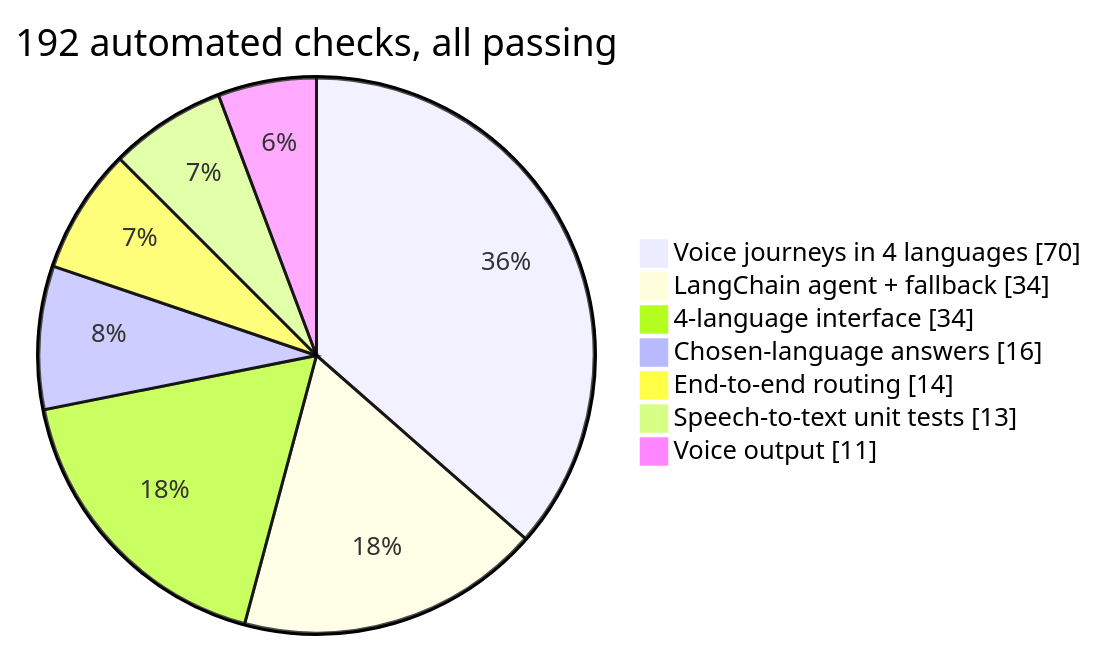
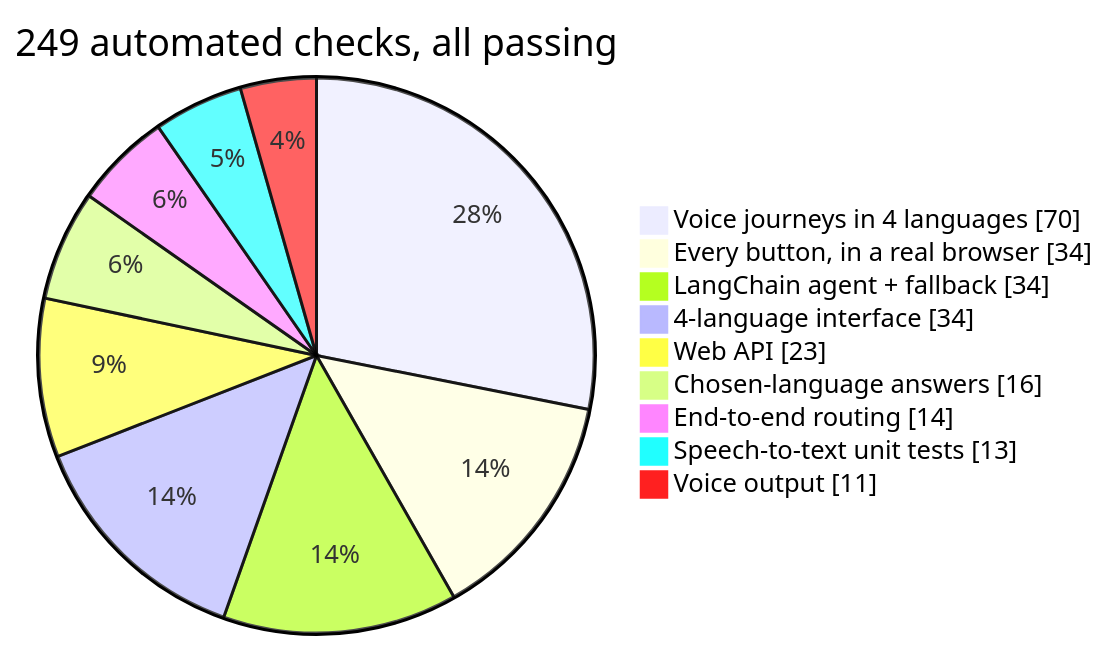
One commit to sehscape/Multilingual-Agri-AI-Agent changed the sixth of 6 diagrams in README.md. Above: the diagram before and after it, drawn with Mermaid. The commit also changed other lines of this file and 1 other file, not shown here.

First line of the commit message:
Docs: the web app, its API and the browser tests

````diff
--- a/README.md
+++ b/README.md
@@ -303,11 +314,13 @@
 ```mermaid
 pie showData
-    title 192 automated checks, all passing
+    title 249 automated checks, all passing
     "Voice journeys in 4 languages" : 70
+    "Every button, in a real browser" : 34
     "LangChain agent + fallback" : 34
     "4-language interface" : 34
+    "Web API" : 23
     "Chosen-language answers" : 16
     "End-to-end routing" : 14
     "Speech-to-text unit tests" : 13
     "Voice output" : 11
 ```
````
